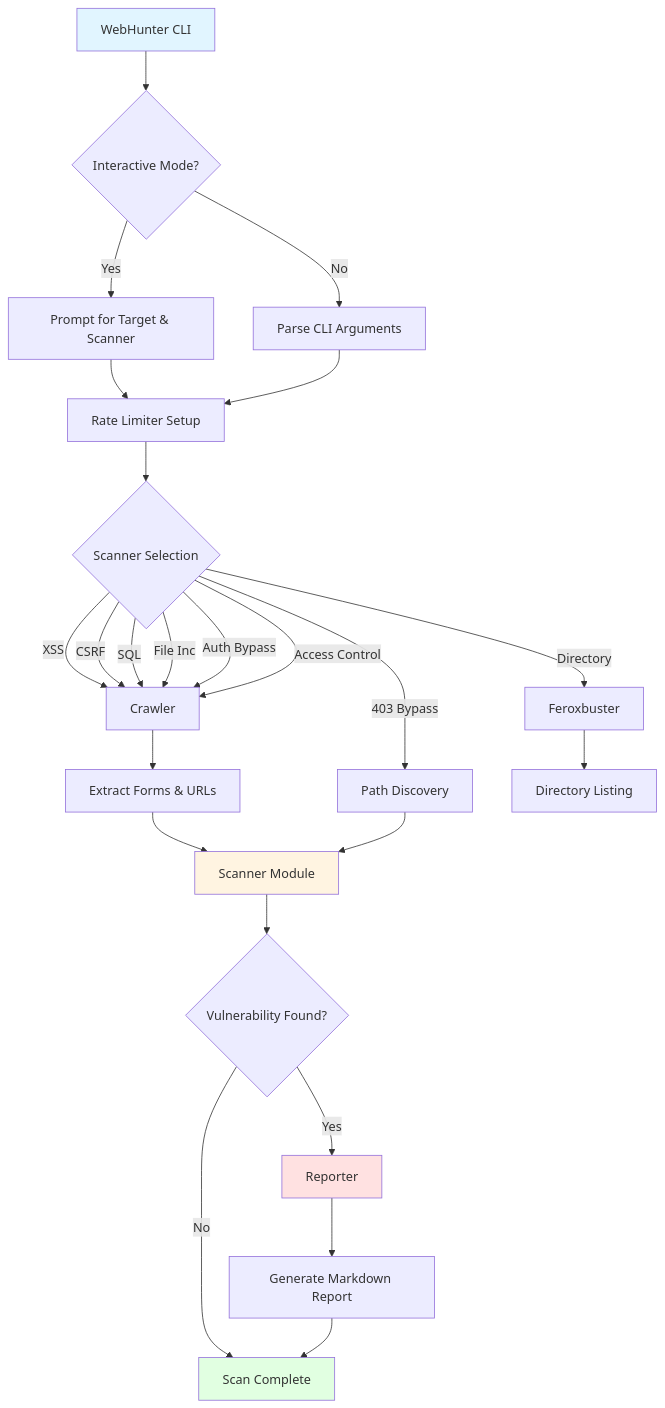
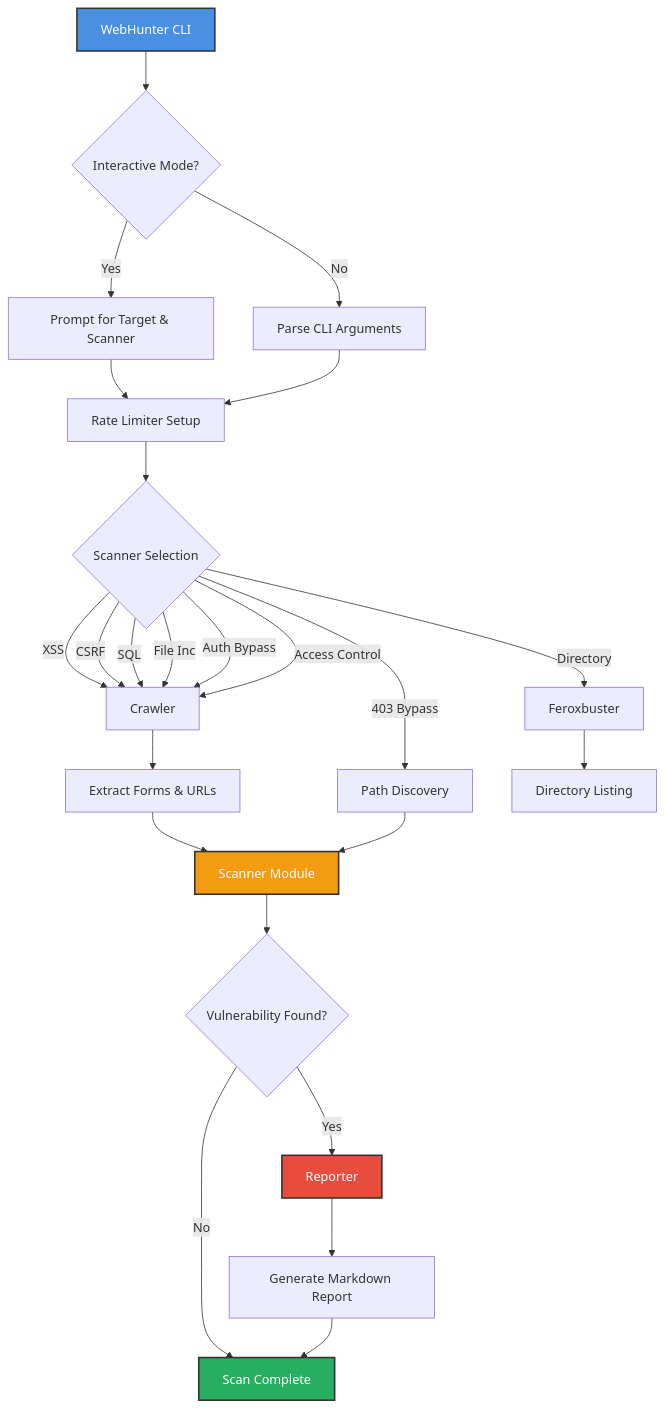
Before and after one commit to VenTheZone/Project-WebHunter: the first of 2 diagrams in README.md, drawn with Mermaid. The commit also changed other lines of this file, not shown here.

Commit message:
fix: Improve README diagram colors for readability

````diff
--- a/README.md
+++ b/README.md
@@ -39,36 +39,36 @@
 ```mermaid
 graph TD
     A[WebHunter CLI] --> B{Interactive Mode?}
     B -->|Yes| C[Prompt for Target & Scanner]
     B -->|No| D[Parse CLI Arguments]
     C --> E[Rate Limiter Setup]
     D --> E
     E --> F{Scanner Selection}
     
     F -->|XSS| G[Crawler]
     F -->|CSRF| G
     F -->|SQL| G
     F -->|File Inc| G
     F -->|Auth Bypass| G
     F -->|Access Control| G
     
     F -->|403 Bypass| H[Path Discovery]
     F -->|Directory| I[Feroxbuster]
     
     G --> J[Extract Forms & URLs]
     J --> K[Scanner Module]
     H --> K
     I --> L[Directory Listing]
     
     K --> M{Vulnerability Found?}
     M -->|Yes| N[Reporter]
     M -->|No| O[Scan Complete]
     
     N --> P[Generate Markdown Report]
     P --> O
     
-    style A fill:#e1f5ff
-    style K fill:#fff4e1
-    style N fill:#ffe1e1
-    style O fill:#e1ffe1
+    style A fill:#4a90e2,stroke:#333,stroke-width:2px,color:#fff
+    style K fill:#f39c12,stroke:#333,stroke-width:2px,color:#fff
+    style N fill:#e74c3c,stroke:#333,stroke-width:2px,color:#fff
+    style O fill:#27ae60,stroke:#333,stroke-width:2px,color:#fff
 ```
````
